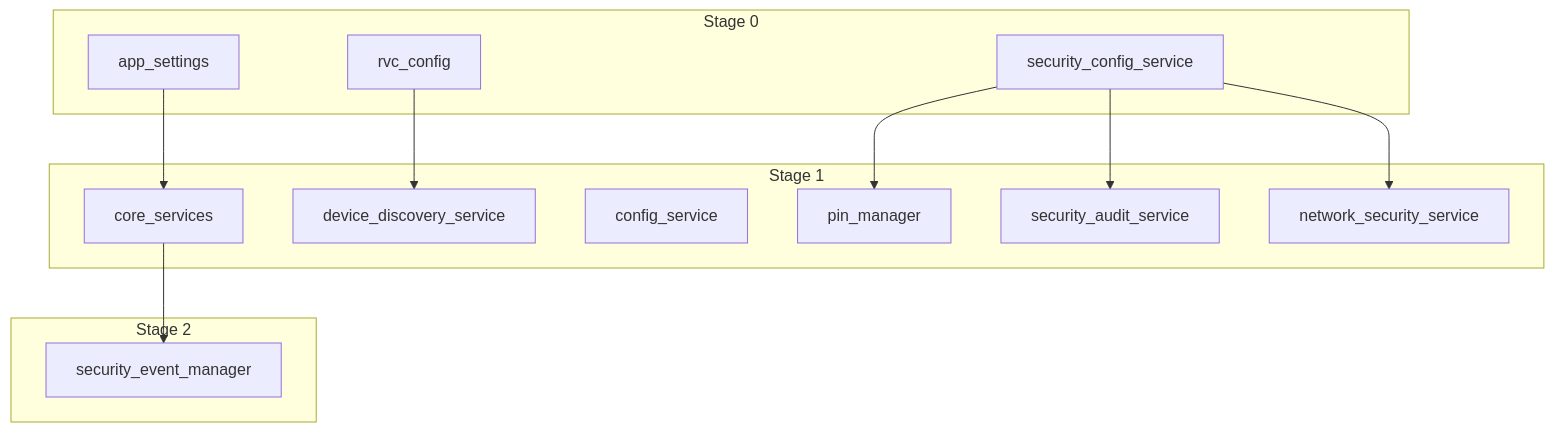
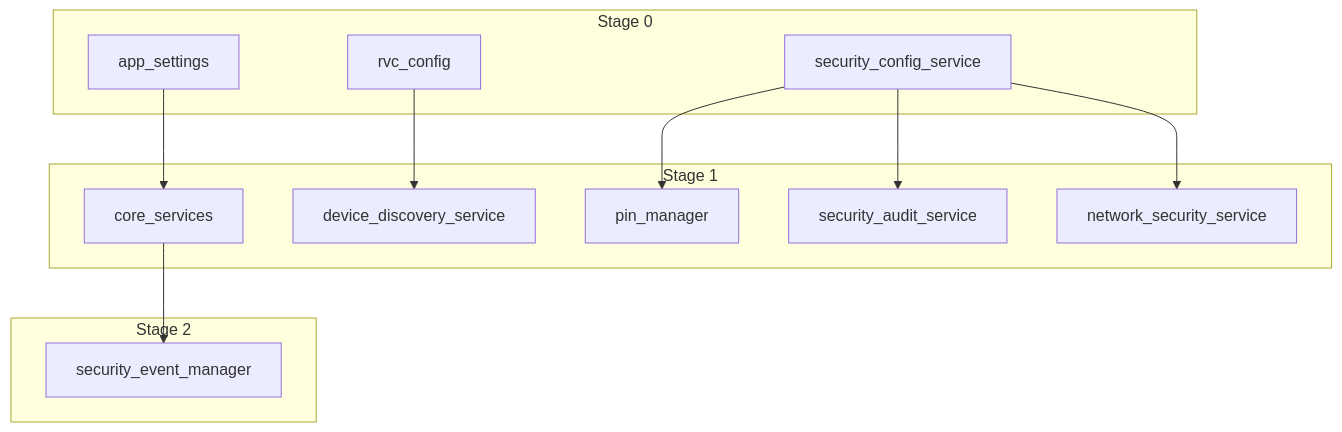
The diagram in docs/architecture/service-dependencies.md (carpenike/coachiq), drawn with Mermaid before and after one commit. The commit also changed other lines of this file and 336 other files, not shown here.

````diff
--- a/docs/architecture/service-dependencies.md
+++ b/docs/architecture/service-dependencies.md
@@ -43,25 +41,24 @@
 ```mermaid
 graph TD
     subgraph Stage0[Stage 0]
         app_settings
         rvc_config
         security_config_service
     end
     subgraph Stage1[Stage 1]
         core_services
         device_discovery_service
-        config_service
         pin_manager
         security_audit_service
         network_security_service
     end
     subgraph Stage2[Stage 2]
         security_event_manager
     end
     app_settings --> core_services
     core_services --> security_event_manager
     rvc_config --> device_discovery_service
     security_config_service --> pin_manager
     security_config_service --> security_audit_service
     security_config_service --> network_security_service
 ```
````
